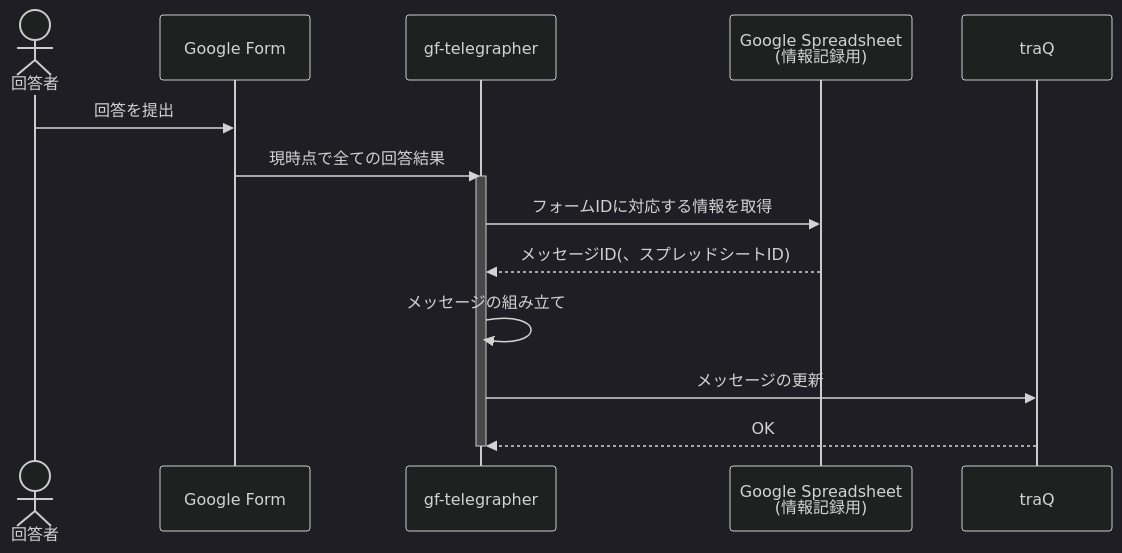
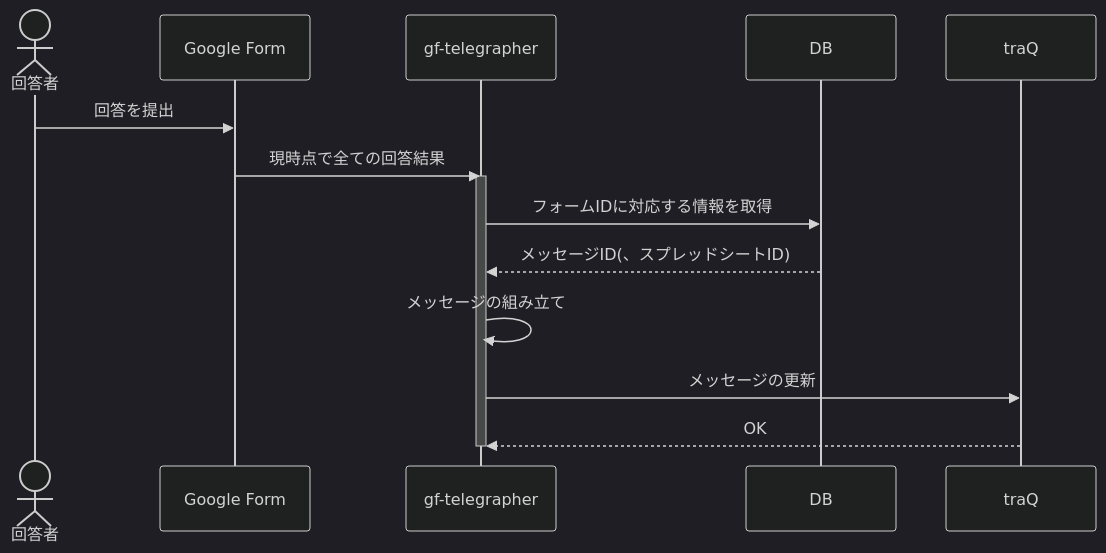
Before and after one commit to oribe1115/gf-telegrapher: the second of 2 diagrams in docs/design.md, drawn with Mermaid (dark theme). The commit also changed other lines of this file and 2 other files, not shown here.

Commit message:
構成を一部変更

````diff
--- a/docs/design.md
+++ b/docs/design.md
@@ -77,20 +77,20 @@
 ```mermaid
 sequenceDiagram
     actor User as 回答者
     participant GF as Google Form
     participant telegrapher as gf-telegrapher
-    participant tele-GS as Google Spreadsheet<br>(情報記録用)
+    participant DB
     participant traQ
 
     User->>GF: 回答を提出
     GF->>telegrapher: 現時点で全ての回答結果
 
     activate telegrapher
-    telegrapher->>tele-GS: フォームIDに対応する情報を取得
-    tele-GS-->>telegrapher: メッセージID(、スプレッドシートID)
+    telegrapher->>DB: フォームIDに対応する情報を取得
+    DB-->>telegrapher: メッセージID(、スプレッドシートID)
     telegrapher->>telegrapher: メッセージの組み立て
     telegrapher->>traQ: メッセージの更新
     traQ-->>telegrapher: OK
 
     deactivate telegrapher
 ```
````
